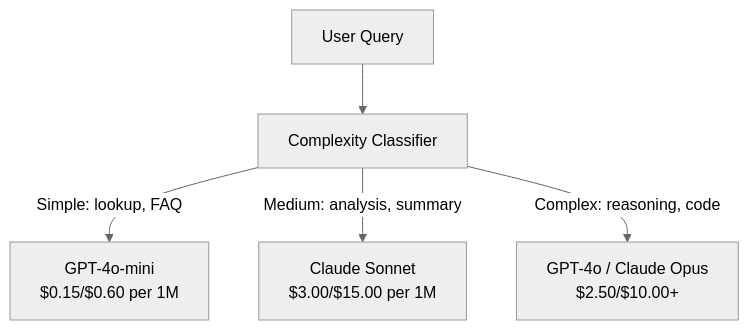
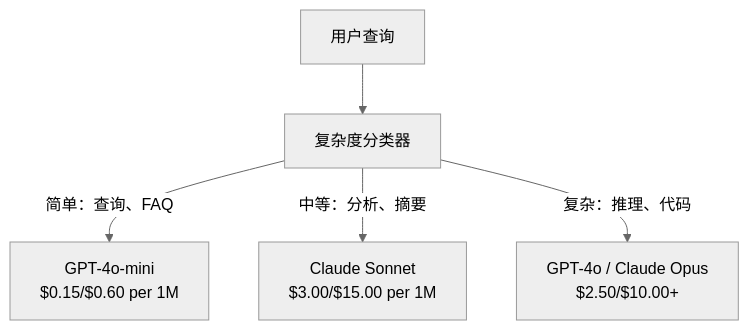
Before and after one commit to alessandrodinisio-ai/ai-engineering-learning-framework: the third of 3 diagrams in phases/11-llm-engineering/11-caching-cost/docs/zh.md, drawn with Mermaid (neutral theme). The commit also changed other lines of this file and 120 other files, not shown here.

First line of the commit message:
i18n(mermaid): 337 个 mermaid 图表标签中文化

````diff
--- a/phases/11-llm-engineering/11-caching-cost/docs/zh.md
+++ b/phases/11-llm-engineering/11-caching-cost/docs/zh.md
@@ -125,7 +125,7 @@
 ```mermaid
 flowchart TD
-    A[User Query] --> B[Complexity Classifier]
-    B -->|Simple: lookup, FAQ| C[GPT-4o-mini<br/>$0.15/$0.60 per 1M]
-    B -->|Medium: analysis, summary| D[Claude Sonnet<br/>$3.00/$15.00 per 1M]
-    B -->|Complex: reasoning, code| E[GPT-4o / Claude Opus<br/>$2.50/$10.00+]
+    A[用户查询] --> B[复杂度分类器]
+    B -->|简单：查询、FAQ| C[GPT-4o-mini<br/>$0.15/$0.60 per 1M]
+    B -->|中等：分析、摘要| D[Claude Sonnet<br/>$3.00/$15.00 per 1M]
+    B -->|复杂：推理、代码| E[GPT-4o / Claude Opus<br/>$2.50/$10.00+]
 ```
````
